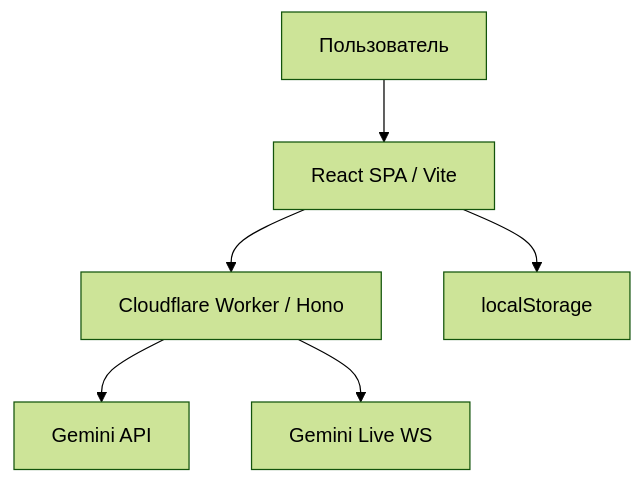
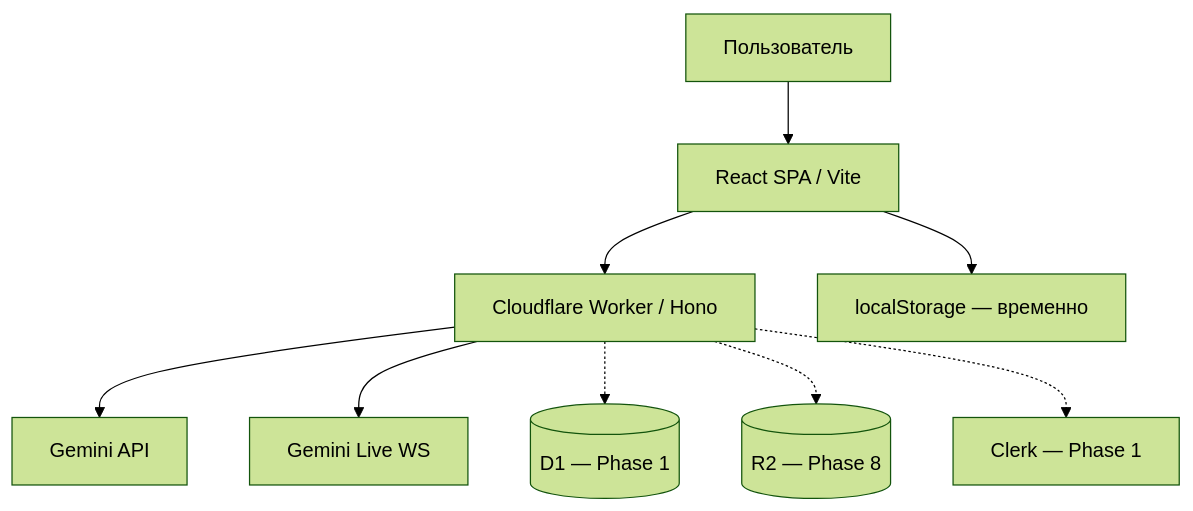
The diagram in map.md (baver001/persony), drawn with Mermaid (forest theme) before and after one commit. The commit also changed other lines of this file and 14 other files, not shown here.

First line of the commit message:
Start Phase 0 platform baseline: SSE parser, tests, roadmap.

````diff
--- a/map.md
+++ b/map.md
@@ -11,8 +15,11 @@
 ```mermaid
 flowchart TD
   U[Пользователь] --> SPA[React SPA / Vite]
   SPA --> API[Cloudflare Worker / Hono]
   API --> G[Gemini API]
   API --> LIVE[Gemini Live WS]
-  SPA --> LS[localStorage]
+  SPA --> LS[localStorage — временно]
+  API -.-> D1[(D1 — Phase 1)]
+  API -.-> R2[(R2 — Phase 8)]
+  API -.-> Clerk[Clerk — Phase 1]
 ```
````
